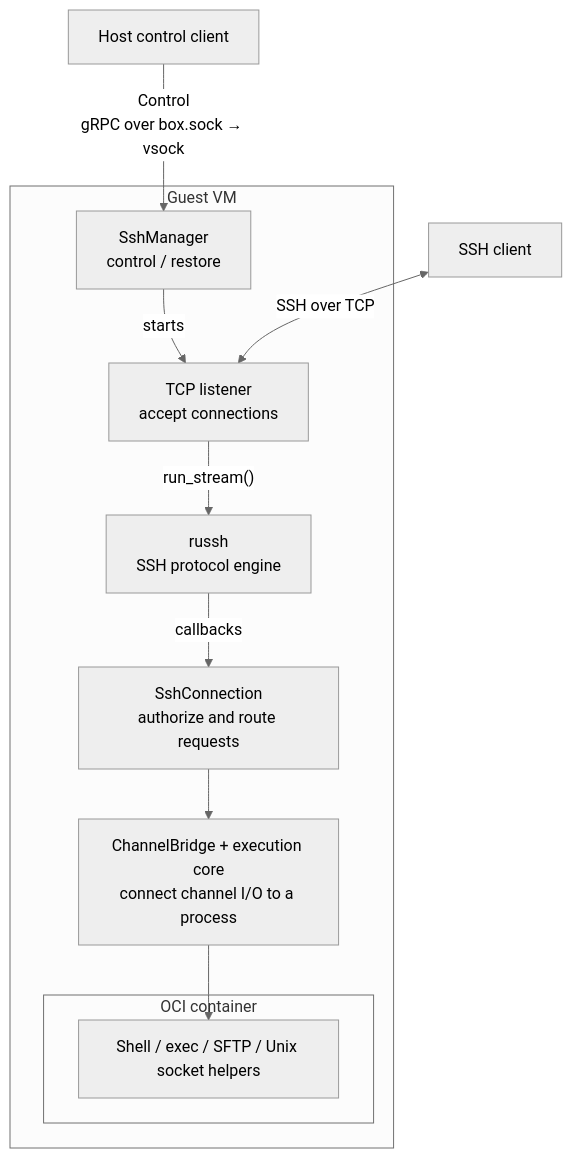
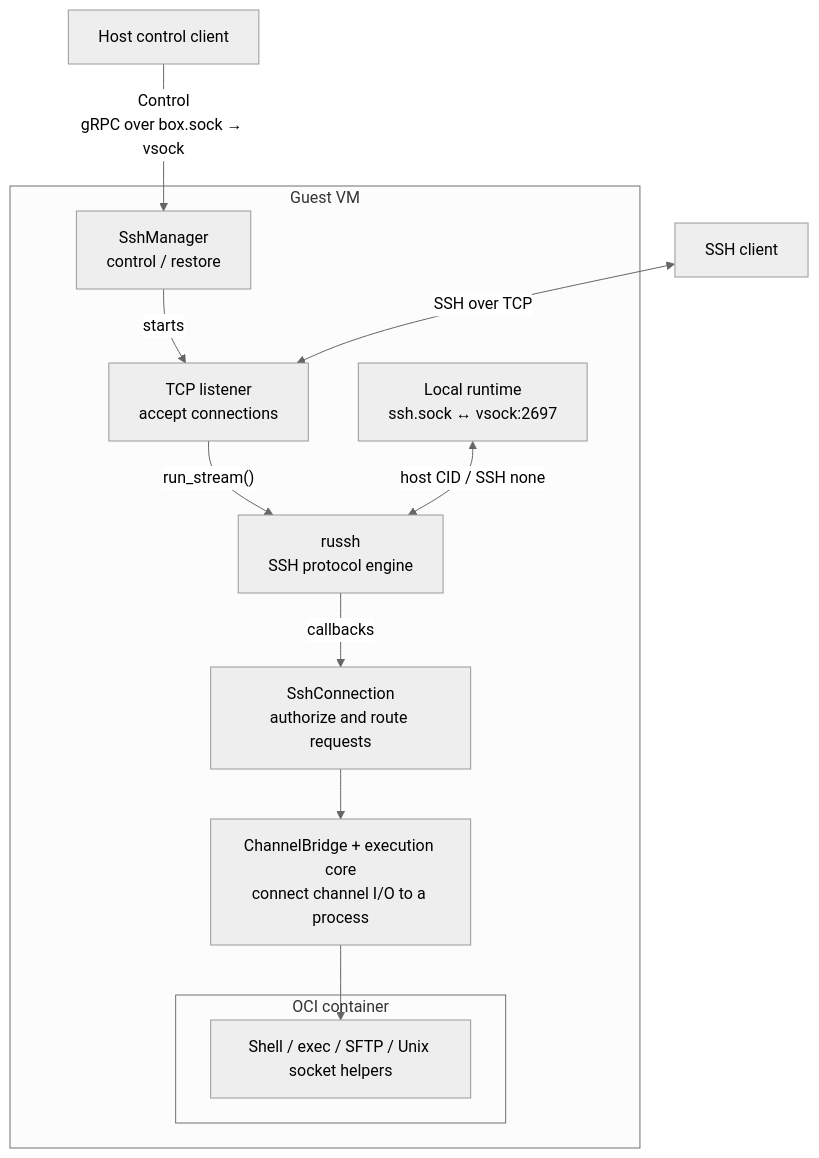
The first of 4 diagrams in src/guest/src/service/ssh/README.md (boxlite-ai/boxlite), drawn with Mermaid (neutral theme) before and after one commit. The commit also changed other lines of this file and 22 other files, not shown here.

First line of the commit message:
feat(ssh): add a dedicated host-only vsock transport

````diff
--- a/src/guest/src/service/ssh/README.md
+++ b/src/guest/src/service/ssh/README.md
@@ -12,21 +21,23 @@
 ```mermaid
 flowchart TB
     CONTROL["Host control client"]
     CLIENT["SSH client"]
+    LOCAL["Local runtime<br/>ssh.sock ↔ vsock:2697"]
     subgraph GUEST["Guest VM"]
         MANAGER["SshManager<br/>control / restore"]
         LISTENER["TCP listener<br/>accept connections"]
         RUSSH["russh<br/>SSH protocol engine"]
         HANDLER["SshConnection<br/>authorize and route requests"]
         BRIDGE["ChannelBridge + execution core<br/>connect channel I/O to a process"]
         subgraph OCI["OCI container"]
             WORK["Shell / exec / SFTP / Unix socket helpers"]
         end
         MANAGER -->|"starts"| LISTENER
         LISTENER -->|"run_stream()"| RUSSH
+        LOCAL <-->|"host CID / SSH none"| RUSSH
         RUSSH -->|"callbacks"| HANDLER
         HANDLER --> BRIDGE --> WORK
     end
     CONTROL -->|"Control<br/>gRPC over box.sock → vsock"| MANAGER
     CLIENT <-->|"SSH over TCP"| LISTENER
 ```
````
